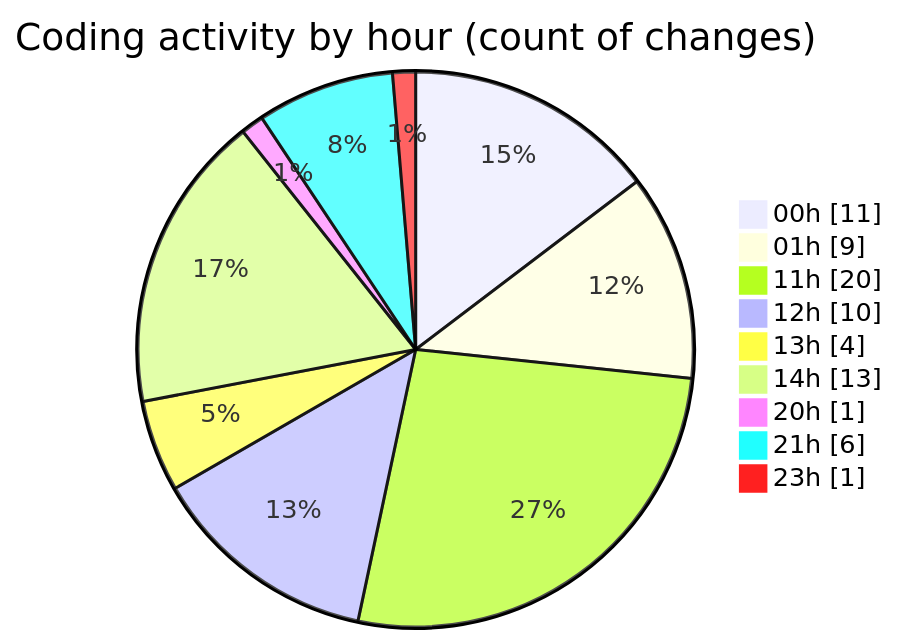
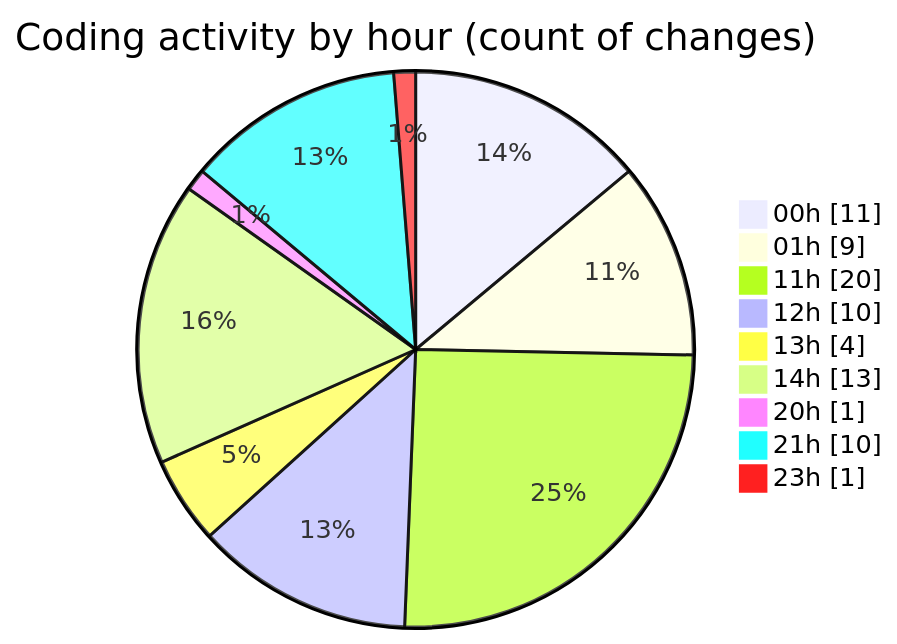
The second of 2 diagrams in 2025-07-18/nhahang/README.md (lephambinh05/code-tracking), drawn with Mermaid before and after one commit. The commit also changed other lines of this file and 1 other file, not shown here.

````diff
--- a/2025-07-18/nhahang/README.md
+++ b/2025-07-18/nhahang/README.md
@@ -53,13 +55,13 @@
 ```mermaid
 pie showData
 title Coding activity by hour (count of changes)
 "00h" : 11
 "01h" : 9
 "11h" : 20
 "12h" : 10
 "13h" : 4
 "14h" : 13
 "20h" : 1
-"21h" : 6
+"21h" : 10
 "23h" : 1
 ```
````
